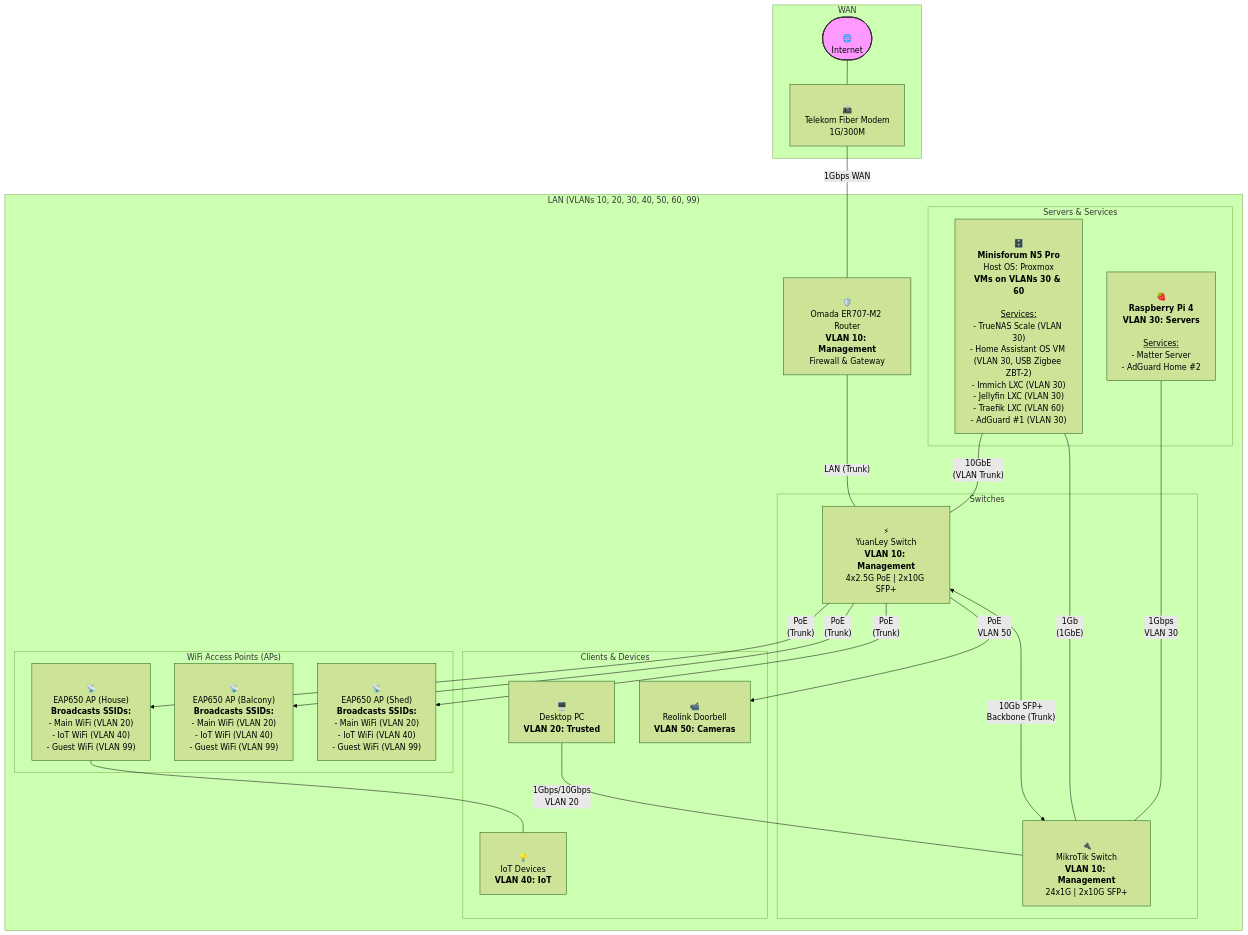
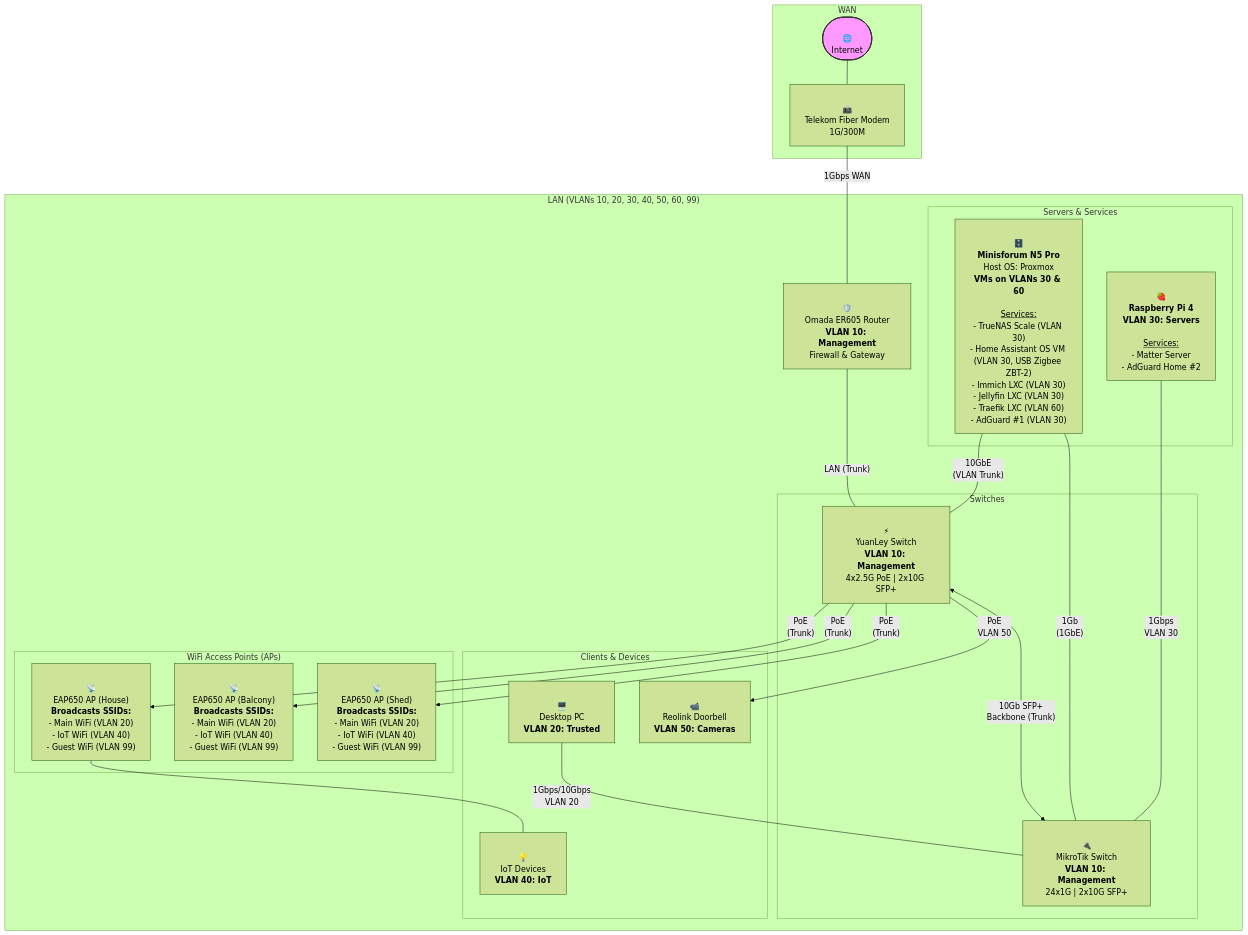
The diagram in docs/network-architecture.md (LukaPrebil/home-network), drawn with Mermaid (forest theme) before and after one commit. The commit also changed other lines of this file and 24 other files, not shown here.

````diff
--- a/docs/network-architecture.md
+++ b/docs/network-architecture.md
@@ -35,56 +36,56 @@
 ```mermaid
 graph TD
     subgraph WAN
         internet([<br>🌐<br>Internet])
         style internet fill:#f9f,stroke:#333,stroke-width:2px
         modem["<br>📠<br>Telekom Fiber Modem<br>1G/300M"]
     end
 
     subgraph "LAN (VLANs 10, 20, 30, 40, 50, 60, 99)"
-        router["<br>🛡️<br>Omada ER707-M2 Router<br><b>VLAN 10: Management</b><br>Firewall & Gateway"]
+        router["<br>🛡️<br>Omada ER605 Router<br><b>VLAN 10: Management</b><br>Firewall & Gateway"]
 
         subgraph Switches
             sw_yuanley["<br>⚡<br>YuanLey Switch<br><b>VLAN 10: Management</b><br>4x2.5G PoE | 2x10G SFP+"]
             sw_mikrotik["<br>🔌<br>MikroTik Switch<br><b>VLAN 10: Management</b><br>24x1G | 2x10G SFP+"]
         end
 
         subgraph "WiFi Access Points (APs)"
             ap1["<br>📡<br>EAP650 AP (House)<br><b>Broadcasts SSIDs:</b><br>- Main WiFi (VLAN 20)<br>- IoT WiFi (VLAN 40)<br>- Guest WiFi (VLAN 99)"]
             ap2["<br>📡<br>EAP650 AP (Balcony)<br><b>Broadcasts SSIDs:</b><br>- Main WiFi (VLAN 20)<br>- IoT WiFi (VLAN 40)<br>- Guest WiFi (VLAN 99)"]
             ap3["<br>📡<br>EAP650 AP (Shed)<br><b>Broadcasts SSIDs:</b><br>- Main WiFi (VLAN 20)<br>- IoT WiFi (VLAN 40)<br>- Guest WiFi (VLAN 99)"]
         end
         
         subgraph "Servers & Services"
             nas["<br>🗄️<br><b>Minisforum N5 Pro</b><br>Host OS: Proxmox<br><b>VMs on VLANs 30 & 60</b><br><br><u>Services:</u><br>- TrueNAS Scale (VLAN 30)<br>- Home Assistant OS VM (VLAN 30, USB Zigbee ZBT-2)<br>- Immich LXC (VLAN 30)<br>- Jellyfin LXC (VLAN 30)<br>- Traefik LXC (VLAN 60)<br>- AdGuard #1 (VLAN 30)"]
             rpi4["<br>🍓<br><b>Raspberry Pi 4</b><br><b>VLAN 30: Servers</b><br><br><u>Services:</u><br>- Matter Server<br>- AdGuard Home #2"]
         end
 
         subgraph "Clients & Devices"
             desktop_pc["<br>🖥️<br>Desktop PC<br><b>VLAN 20: Trusted</b>"]
             doorbell["<br>📹<br>Reolink Doorbell<br><b>VLAN 50: Cameras</b>"]
             iot_devices["<br>💡<br>IoT Devices<br><b>VLAN 40: IoT</b>"]
         end
     end
 
     %% --- Connections ---
     internet --- modem
     modem ---|"1Gbps WAN"| router
     
     %% Switch Backbone
     router ---|"LAN (Trunk)"| sw_yuanley
     sw_yuanley <-->|"10Gb SFP+<br>Backbone (Trunk)"| sw_mikrotik
 
     %% Server Connections
     nas ---|"10GbE<br>(VLAN Trunk)"| sw_yuanley
     nas ---|"1Gb <br>(1GbE)"| sw_mikrotik
     rpi4 ---|"1Gbps<br>VLAN 30"| sw_mikrotik
 
     %% Client & PoE Device Connections
     sw_yuanley --"PoE<br>VLAN 50"--> doorbell
     sw_yuanley --"PoE<br>(Trunk)"--> ap1
     sw_yuanley --"PoE<br>(Trunk)"--> ap2
     sw_yuanley --"PoE<br>(Trunk)"--> ap3
     desktop_pc ---|"1Gbps/10Gbps<br>VLAN 20"| sw_mikrotik
     ap1 --- iot_devices
 
 ```
````
